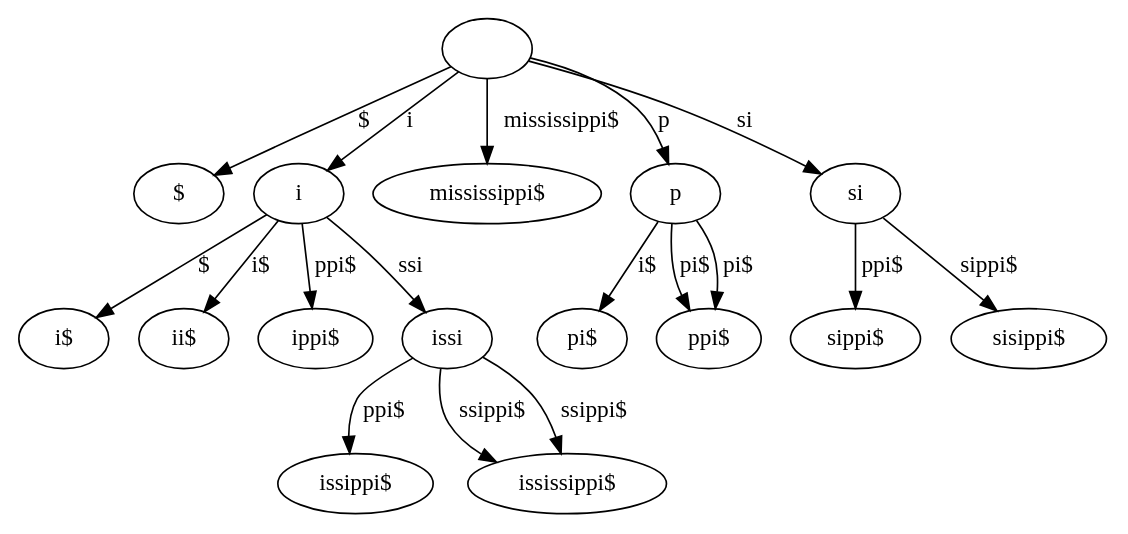
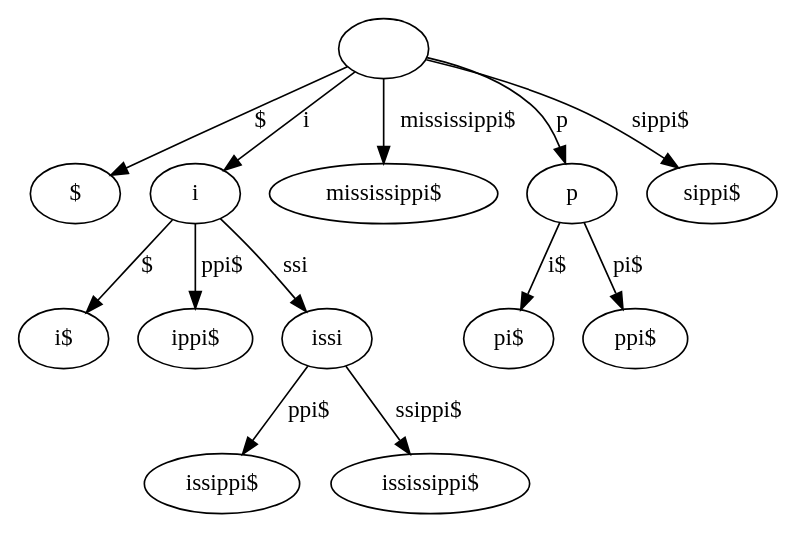
The diagram in 3_lcp_suffix_tree/test-output/iter/8.gv (cmkobel/GSA), drawn with Graphviz before and after one commit. The commit also changed 24 other files, not shown here.

```diff
--- a/3_lcp_suffix_tree/test-output/iter/8.gv
+++ b/3_lcp_suffix_tree/test-output/iter/8.gv
@@ -1,38 +1,28 @@
 // Suffix tree
 digraph {
 	"|" [label=""]
 	"$|$" [label="$"]
 	"|" -> "$|$" [label="$"]
 	"i|i" [label=i]
 	"$|i$" [label="i$"]
 	"i|i" -> "$|i$" [label="$"]
-	"i$|ii$" [label="ii$"]
-	"i|i" -> "i$|ii$" [label="i$"]
 	"ppi$|ippi$" [label="ippi$"]
 	"i|i" -> "ppi$|ippi$" [label="ppi$"]
 	"ssi|issi" [label=issi]
 	"ppi$|issippi$" [label="issippi$"]
 	"ssi|issi" -> "ppi$|issippi$" [label="ppi$"]
-	"ssippi$|ississippi$" [label="ississippi$"]
-	"ssi|issi" -> "ssippi$|ississippi$" [label="ssippi$"]
 	"ssippi$|ississippi$" [label="ississippi$"]
 	"ssi|issi" -> "ssippi$|ississippi$" [label="ssippi$"]
 	"i|i" -> "ssi|issi" [label=ssi]
 	"|" -> "i|i" [label=i]
 	"mississippi$|mississippi$" [label="mississippi$"]
 	"|" -> "mississippi$|mississippi$" [label="mississippi$"]
 	"p|p" [label=p]
 	"i$|pi$" [label="pi$"]
 	"p|p" -> "i$|pi$" [label="i$"]
 	"pi$|ppi$" [label="ppi$"]
 	"p|p" -> "pi$|ppi$" [label="pi$"]
-	"pi$|ppi$" [label="ppi$"]
-	"p|p" -> "pi$|ppi$" [label="pi$"]
 	"|" -> "p|p" [label=p]
-	"si|si" [label=si]
-	"ppi$|sippi$" [label="sippi$"]
-	"si|si" -> "ppi$|sippi$" [label="ppi$"]
-	"sippi$|sisippi$" [label="sisippi$"]
-	"si|si" -> "sippi$|sisippi$" [label="sippi$"]
-	"|" -> "si|si" [label=si]
+	"sippi$|sippi$" [label="sippi$"]
+	"|" -> "sippi$|sippi$" [label="sippi$"]
 }
```
